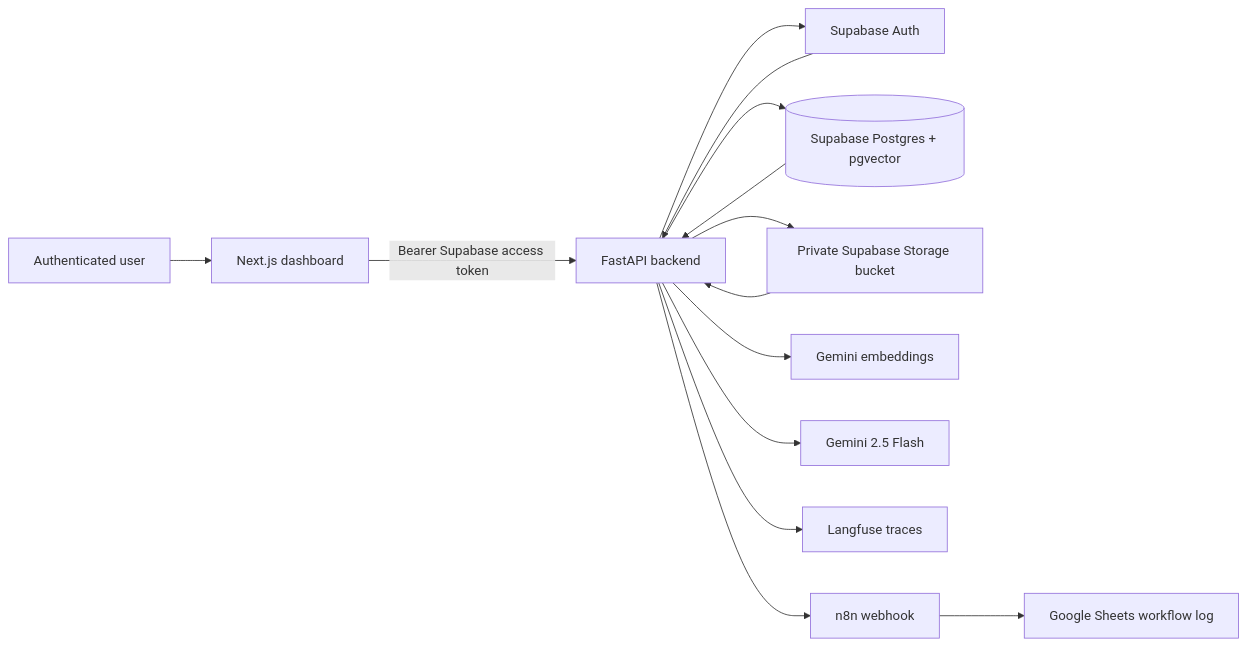
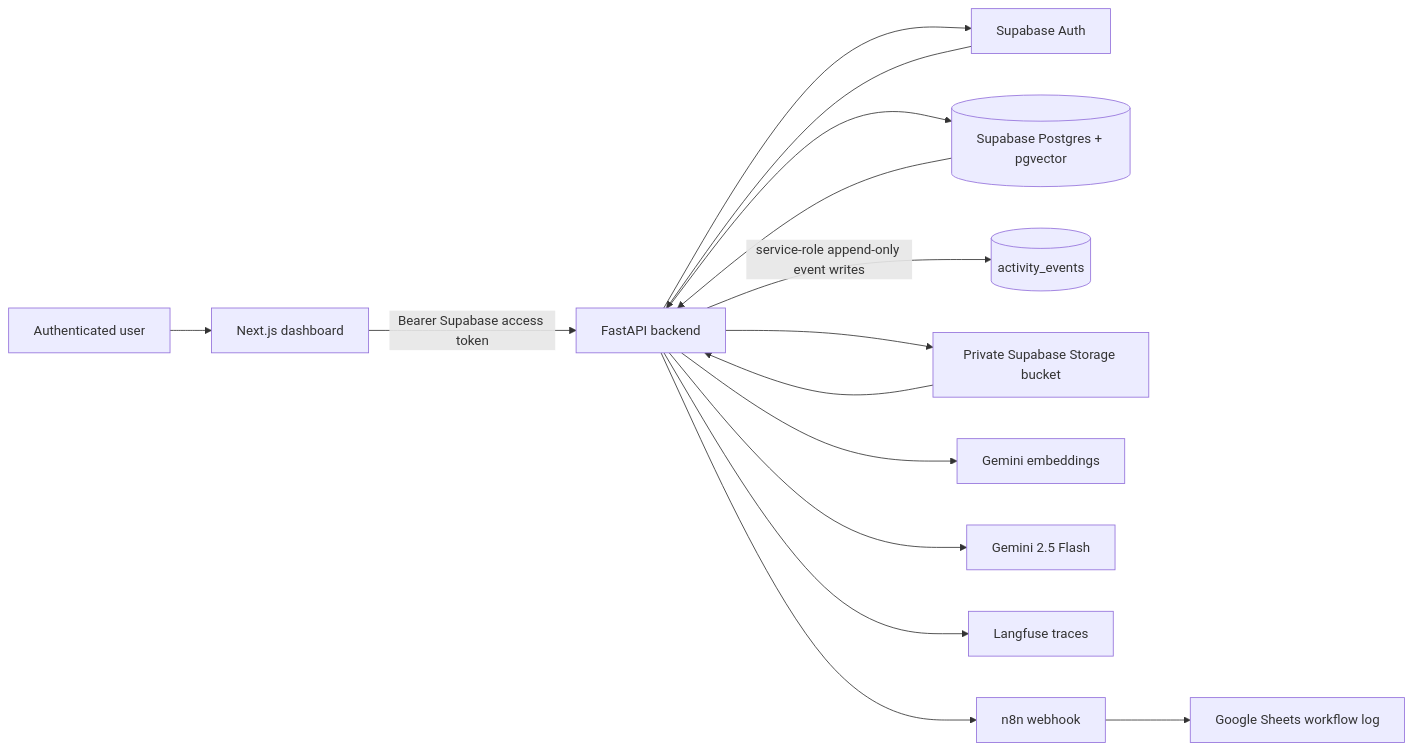
One commit to srikar2908/BizFlow-AI changed the first of 4 diagrams in docs/architecture.md. Above: the diagram before and after it, drawn with Mermaid. The commit also changed other lines of this file and 25 other files, not shown here.

````diff
--- a/docs/architecture.md
+++ b/docs/architecture.md
@@ -7,18 +7,19 @@
 ```mermaid
 flowchart LR
   User[Authenticated user] --> Web[Next.js dashboard]
   Web -->|Bearer Supabase access token| API[FastAPI backend]
 
   API --> Auth[Supabase Auth]
   API --> DB[(Supabase Postgres + pgvector)]
+  API -->|service-role append-only event writes| Events[(activity_events)]
   API --> Storage[Private Supabase Storage bucket]
   API --> GeminiEmbed[Gemini embeddings]
   API --> GeminiChat[Gemini 2.5 Flash]
   API --> Langfuse[Langfuse traces]
   API --> N8N[n8n webhook]
   N8N --> Sheets[Google Sheets workflow log]
 
   Auth --> API
   DB --> API
   Storage --> API
 ```
````
